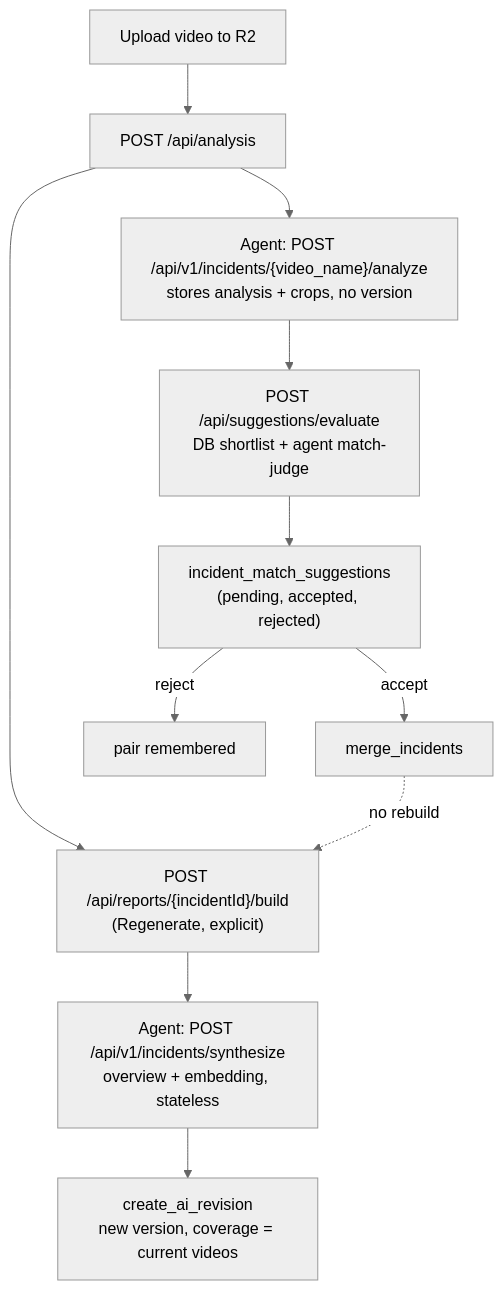
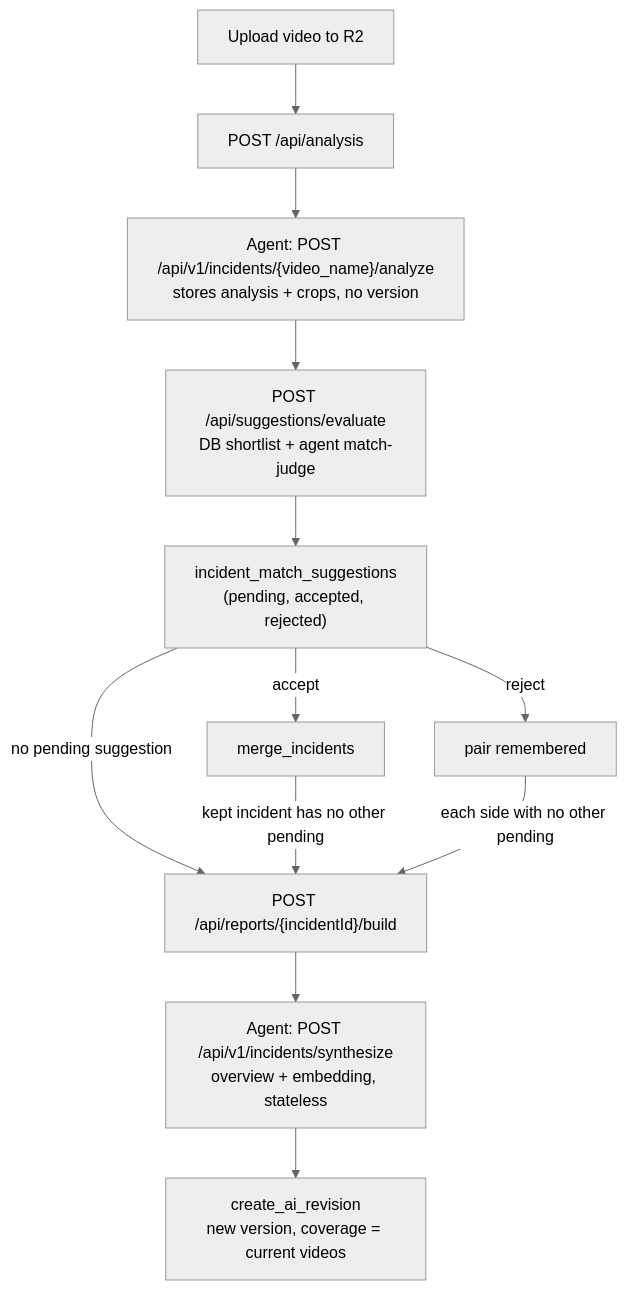
The sixth of 6 diagrams in deploy/docker/developer-profiles/dev-profile-incident/.docs/architecture.md (Danwidj/video-search-and-summarization), drawn with Mermaid (neutral theme) before and after one commit. The commit also changed other lines of this file and 17 other files, not shown here.

Commit message:
feat(console): suggestions come before reports in a batch; decisions build the report; waiting state for report-less incidents

````diff
--- a/deploy/docker/developer-profiles/dev-profile-incident/.docs/architecture.md
+++ b/deploy/docker/developer-profiles/dev-profile-incident/.docs/architecture.md
@@ -435,13 +435,14 @@
 ```mermaid
 flowchart TD
     Upload["Upload video to R2"] --> Analyse["POST /api/analysis"]
     Analyse --> Agent1["Agent: POST /api/v1/incidents/{video_name}/analyze<br/>stores analysis + crops, no version"]
     Agent1 --> Match["POST /api/suggestions/evaluate<br/>DB shortlist + agent match-judge"]
     Match --> Sugg["incident_match_suggestions<br/>(pending, accepted, rejected)"]
     Sugg -->|accept| Merge["merge_incidents"]
     Sugg -->|reject| Remember["pair remembered"]
-    Analyse --> Build["POST /api/reports/{incidentId}/build<br/>(Regenerate, explicit)"]
-    Merge -.->|no rebuild| Build
+    Sugg -->|"no pending suggestion"| Build["POST /api/reports/{incidentId}/build"]
+    Merge -->|"kept incident has no other pending"| Build
+    Remember -->|"each side with no other pending"| Build
     Build --> Synth["Agent: POST /api/v1/incidents/synthesize<br/>overview + embedding, stateless"]
     Synth --> Ver["create_ai_revision<br/>new version, coverage = current videos"]
 ```
````
